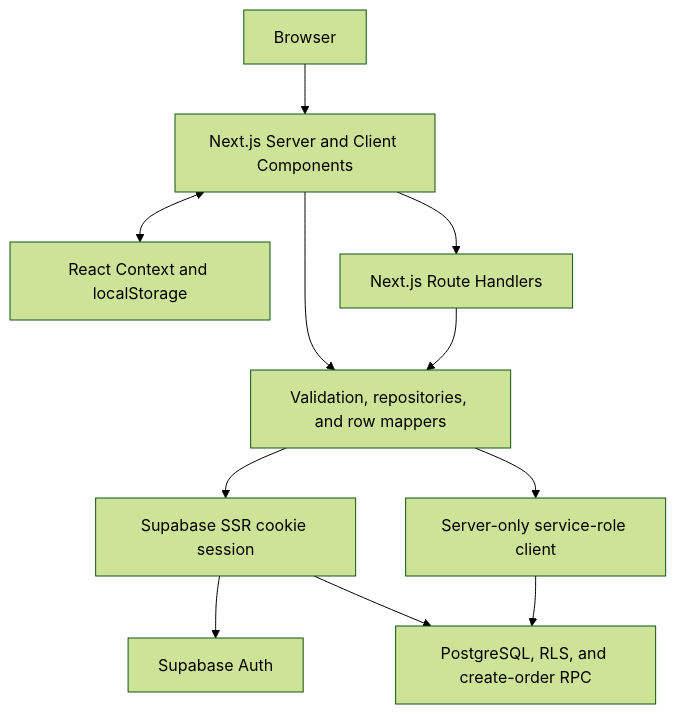
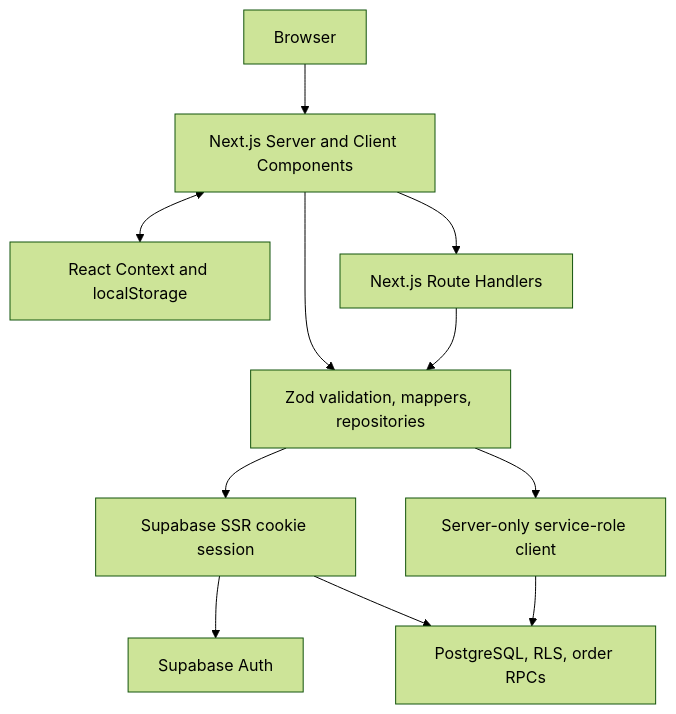
One commit to NVTruong473/caseflow-store changed the second of 2 diagrams in caseflow-store/docs/architecture.md. Above: the diagram before and after it, drawn with Mermaid (forest theme). The commit also changed other lines of this file and 447 other files, not shown here.

````diff
--- a/caseflow-store/docs/architecture.md
+++ b/caseflow-store/docs/architecture.md
@@ -31,23 +32,23 @@
 ```mermaid
 flowchart TB
   Browser["Browser"]
   UI["Next.js Server and Client Components"]
   Cart["React Context and localStorage"]
   Routes["Next.js Route Handlers"]
-  Domain["Validation, repositories, and row mappers"]
+  Domain["Zod validation, mappers, repositories"]
   Session["Supabase SSR cookie session"]
   Service["Server-only service-role client"]
-  DB["PostgreSQL, RLS, and create-order RPC"]
+  DB["PostgreSQL, RLS, order RPCs"]
   Auth["Supabase Auth"]
 
   Browser --> UI
   UI <--> Cart
   UI --> Routes
   UI --> Domain
   Routes --> Domain
   Domain --> Session
   Domain --> Service
   Session --> Auth
   Session --> DB
   Service --> DB
 ```
````
